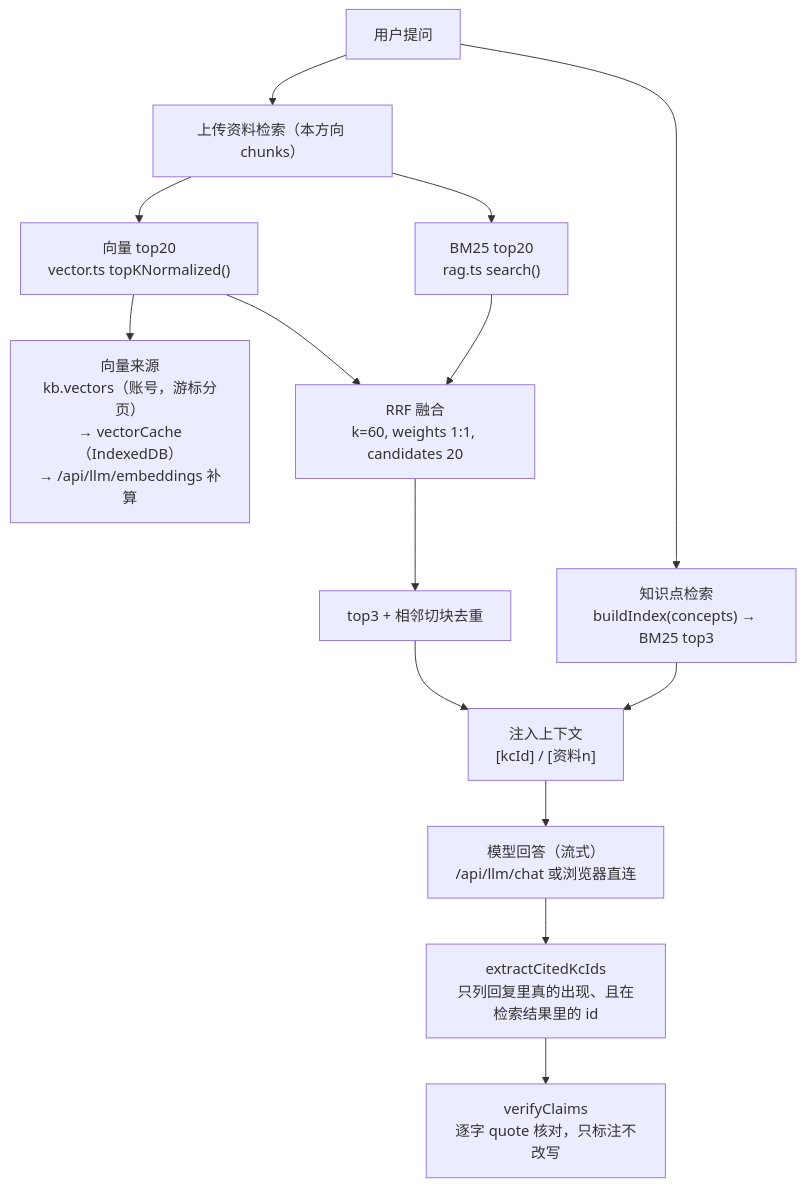
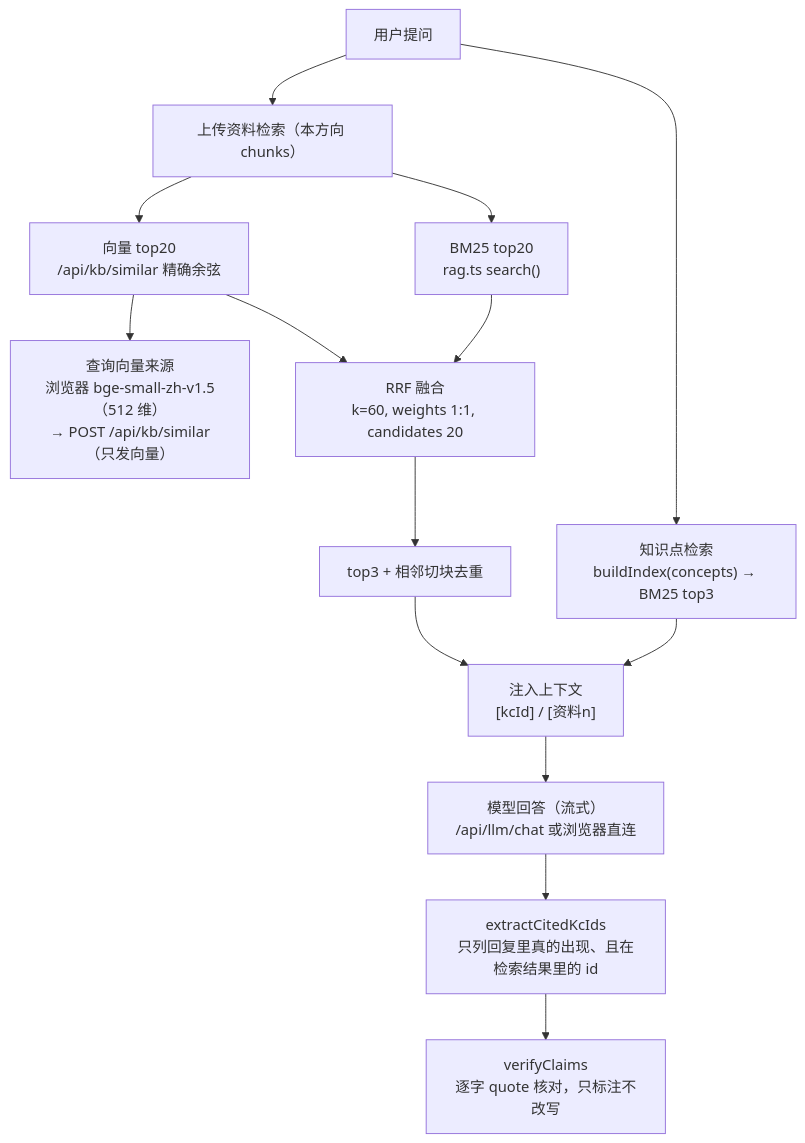
One commit to Jasonsomelike/chuanzhibei-ai-web-adaptive-learning changed the diagram in docs/rag.md. Above: the diagram before and after it, drawn with Mermaid. The commit also changed other lines of this file and 95 other files, not shown here.

````diff
--- a/docs/rag.md
+++ b/docs/rag.md
@@ -7,16 +7,16 @@
 ```mermaid
 flowchart TD
   Q["用户提问"] --> KP["知识点检索<br/>buildIndex(concepts) → BM25 top3"]
   Q --> UP["上传资料检索（本方向 chunks）"]
   UP --> B1["BM25 top20<br/>rag.ts search()"]
-  UP --> V1["向量 top20<br/>vector.ts topKNormalized()"]
-  V1 --> VS["向量来源<br/>kb.vectors（账号，游标分页）<br/>→ vectorCache（IndexedDB）<br/>→ /api/llm/embeddings 补算"]
+  UP --> V1["向量 top20<br/>/api/kb/similar 精确余弦"]
+  V1 --> VS["查询向量来源<br/>浏览器 bge-small-zh-v1.5（512 维）<br/>→ POST /api/kb/similar（只发向量）"]
   B1 --> RRF["RRF 融合<br/>k=60, weights 1:1, candidates 20"]
   V1 --> RRF
   RRF --> TOP["top3 + 相邻切块去重"]
   KP --> CTX["注入上下文<br/>[kcId] / [资料n]"]
   TOP --> CTX
   CTX --> LLM["模型回答（流式）<br/>/api/llm/chat 或浏览器直连"]
   LLM --> CITE["extractCitedKcIds<br/>只列回复里真的出现、且在检索结果里的 id"]
   CITE --> VER["verifyClaims<br/>逐字 quote 核对，只标注不改写"]
 ```
````
